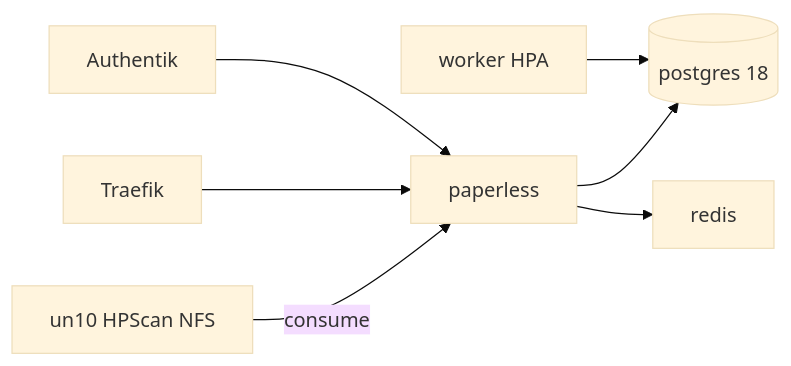
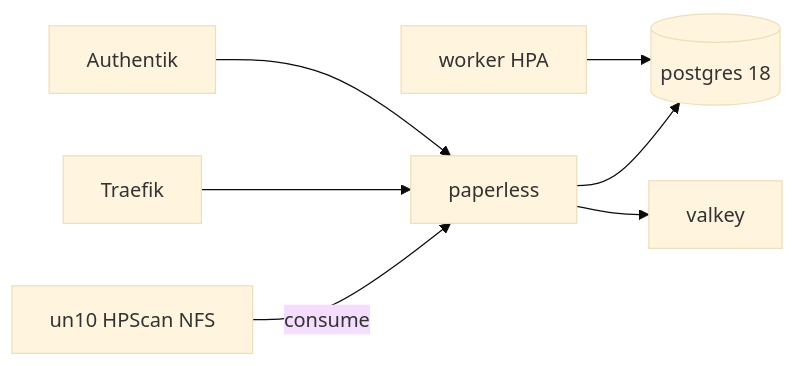
One commit to HenryHST/minilab changed the diagram in docs/bookstack/books/paperless/01-uebersicht.md. Above: the diagram before and after it, drawn with Mermaid (base theme). The commit also changed other lines of this file and 19 other files, not shown here.

First line of the commit message:
feat(infra): swap shared and Authentik Redis to Valkey 9.1.2

````diff
--- a/docs/bookstack/books/paperless/01-uebersicht.md
+++ b/docs/bookstack/books/paperless/01-uebersicht.md
@@ -12,9 +12,9 @@
 ```mermaid
 flowchart LR
   HPScan[un10 HPScan NFS] -->|consume| Web[paperless]
   Web --> PG[(postgres 18)]
-  Web --> Redis[redis]
+  Web --> Redis[valkey]
   Worker[worker HPA] --> PG
   Traefik --> Web
   Auth[Authentik] --> Web
 ```
````
